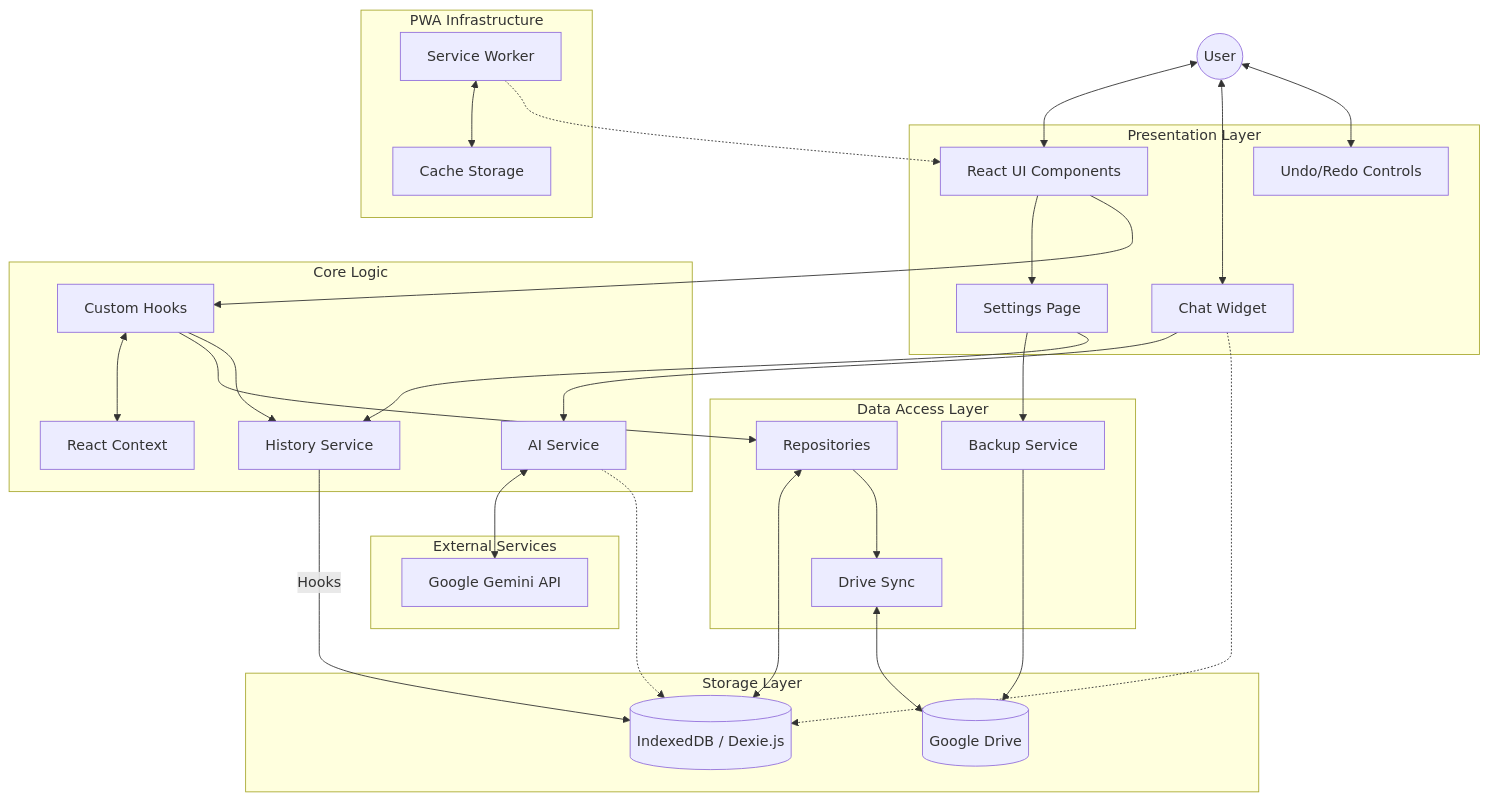
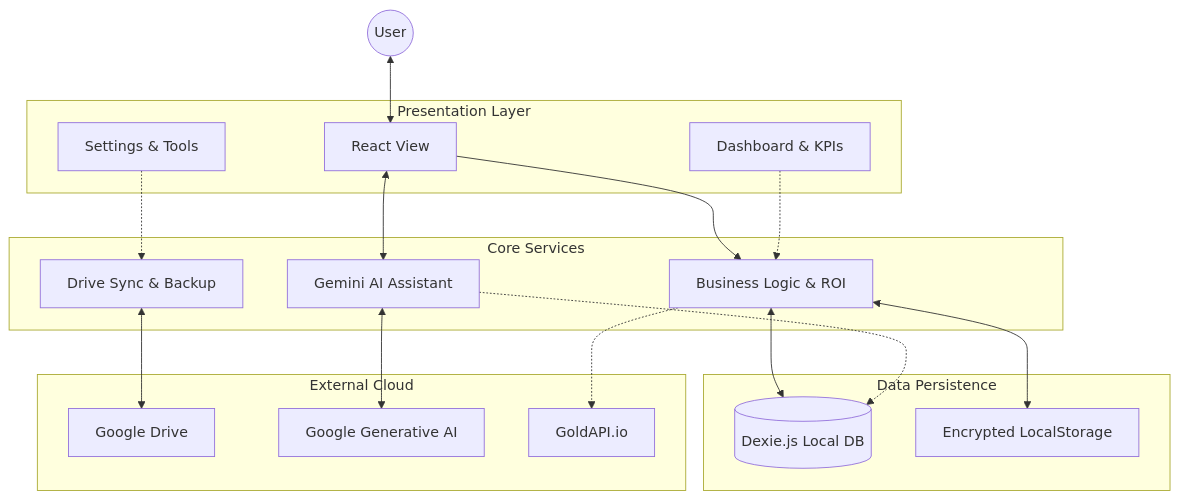
One commit to swapnil-bhamat/Personal-Finance-PWA changed the diagram in README.md. Above: the diagram before and after it, drawn with Mermaid. The commit also changed other lines of this file, not shown here.

Commit message:
feat: add Financial Freedom Tracker, enhance commodity rates description, and refactor architecture diagram.

````diff
--- a/README.md
+++ b/README.md
@@ -31,68 +34,47 @@
 ```mermaid
 graph TD
     User((User))
 
     subgraph "Presentation Layer"
-        UI[React UI Components]
-        Chat[Chat Widget]
-        UndoUI[Undo/Redo Controls]
-        Settings[Settings Page]
+        UI[React View]
+        Dashboard[Dashboard & KPIs]
+        Settings[Settings & Tools]
     end
 
-    subgraph "Core Logic"
-        Hooks[Custom Hooks]
-        Context[React Context]
-        AI[AI Service]
-        History[History Service]
+    subgraph "Core Services"
+        Logic[Business Logic & ROI]
+        AI[Gemini AI Assistant]
+        Sync[Drive Sync & Backup]
     end
 
-    subgraph "Data Access Layer"
-        Repo[Repositories]
-        Sync[Drive Sync]
-        Backup[Backup Service]
+    subgraph "Data Persistence"
+        IndexedDB[(Dexie.js Local DB)]
+        EncryptedConfig[Encrypted LocalStorage]
     end
 
-    subgraph "Storage Layer"
-        LocalDB[(IndexedDB / Dexie.js)]
-        CloudDB[(Google Drive)]
+    subgraph "External Cloud"
+        GDrive[Google Drive]
+        GeminiAPI[Google Generative AI]
+        GoldAPI[GoldAPI.io]
     end
 
-    subgraph "External Services"
-        Gemini[Google Gemini API]
-    end
+    %% Flow
+    User <--> UI
+    UI --> Logic
 
-    subgraph "PWA Infrastructure"
-        SW[Service Worker]
-        Cache[Cache Storage]
-    end
+    Logic <--> IndexedDB
+    Logic <--> EncryptedConfig
 
-    User <--> UI
-    User <--> Chat
-    User <--> UndoUI
+    %% Features
+    Dashboard -.-> Logic
+    Settings -.-> Sync
 
-    UI --> Settings
-    UI --> Hooks
+    %% AI Flow
+    UI <--> AI
+    AI <--> GeminiAPI
+    AI -.-> IndexedDB
 
-    Chat --> AI
-    Chat -.-> LocalDB
-
-    Settings --> Backup
-    Settings --> History
-
-    Hooks <--> Context
-    Hooks --> Repo
-    Hooks --> History
-
-    AI <--> Gemini
-    AI -.-> LocalDB
-
-    Repo <--> LocalDB
-    History -- Hooks --> LocalDB
-
-    Repo --> Sync
-    Backup --> CloudDB
-    Sync <--> CloudDB
-
-    SW <--> Cache
-    SW -.-> UI
+    %% External Integrations
+    Sync <--> GDrive
+    Logic -.-> GoldAPI
 ```
````
